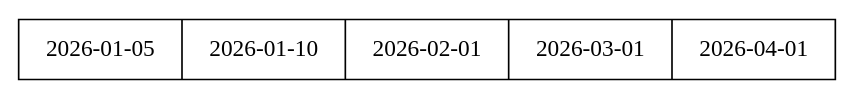
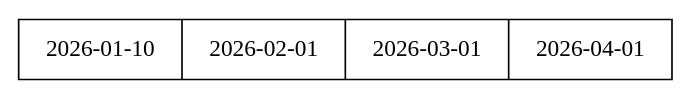
One commit to RonaldSamayoa/Proyecto1_EDD_PS26 changed the diagram in output/arbol_b.dot. Above: the diagram before and after it, drawn with Graphviz. The commit also changed 8 other files, not shown here.

```diff
--- a/output/arbol_b.dot
+++ b/output/arbol_b.dot
@@ -1,4 +1,4 @@
 digraph BTree {
 node [shape=record];
-"0x587e9a72af40" [label="2026-01-05 | 2026-01-10 | 2026-02-01 | 2026-03-01 | 2026-04-01"];
+"0x5cd9460ccf40" [label="2026-01-10 | 2026-02-01 | 2026-03-01 | 2026-04-01"];
 }
```
